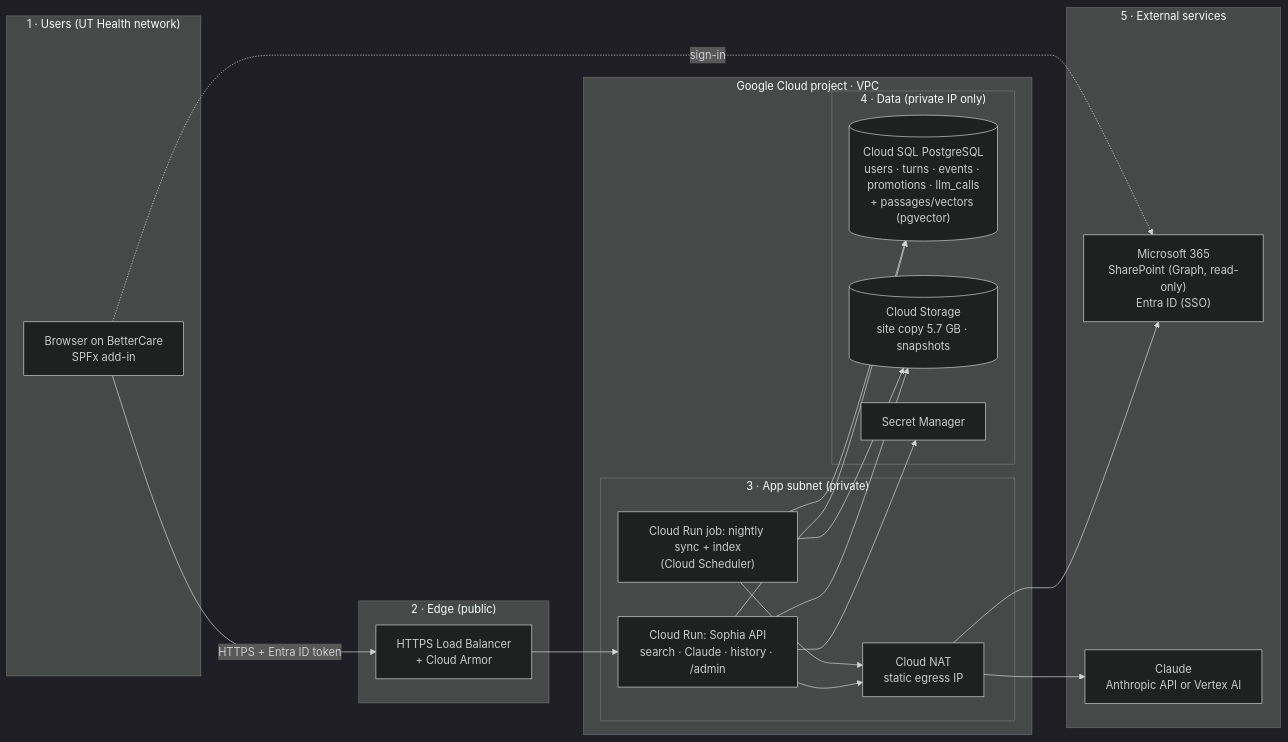
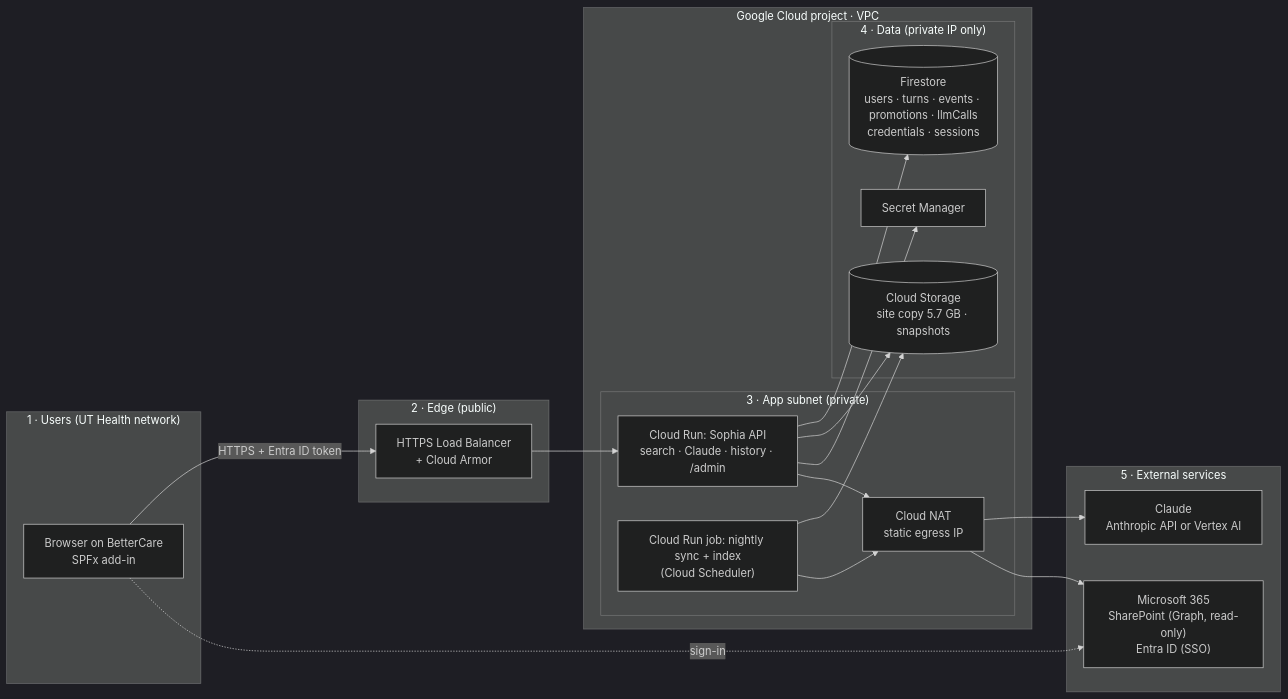
Before and after one commit to brianboti/bettercare-chatbot: the diagram in docs/ARCHITECTURE.md, drawn with Mermaid (dark theme). The commit also changed other lines of this file and 13 other files, not shown here.

````diff
--- a/docs/ARCHITECTURE.md
+++ b/docs/ARCHITECTURE.md
@@ -61,34 +63,33 @@
 ```mermaid
 flowchart LR
   subgraph S1["1 · Users (UT Health network)"]
     U["Browser on BetterCare<br/>SPFx add-in"]
   end
   subgraph S2["2 · Edge (public)"]
     LB["HTTPS Load Balancer<br/>+ Cloud Armor"]
   end
   subgraph GCP["Google Cloud project · VPC"]
     subgraph S3["3 · App subnet (private)"]
       API["Cloud Run: Sophia API<br/>search · Claude · history · /admin"]
       JOB["Cloud Run job: nightly sync + index<br/>(Cloud Scheduler)"]
       NAT["Cloud NAT<br/>static egress IP"]
     end
     subgraph S4["4 · Data (private IP only)"]
-      SQL[("Cloud SQL PostgreSQL<br/>users · turns · events · promotions · llm_calls<br/>+ passages/vectors (pgvector)")]
+      SQL[("Firestore<br/>users · turns · events · promotions · llmCalls<br/>credentials · sessions")]
       GCS[("Cloud Storage<br/>site copy 5.7 GB · snapshots")]
       SM["Secret Manager"]
     end
   end
   subgraph S5["5 · External services"]
     M365["Microsoft 365<br/>SharePoint (Graph, read-only)<br/>Entra ID (SSO)"]
     CL["Claude<br/>Anthropic API or Vertex AI"]
   end
   U -->|HTTPS + Entra ID token| LB --> API
   API --> SQL
   API --> GCS
   API --> SM
   JOB --> GCS
-  JOB --> SQL
   API --> NAT --> CL
   JOB --> NAT --> M365
   U -. sign-in .-> M365
 ```
````
